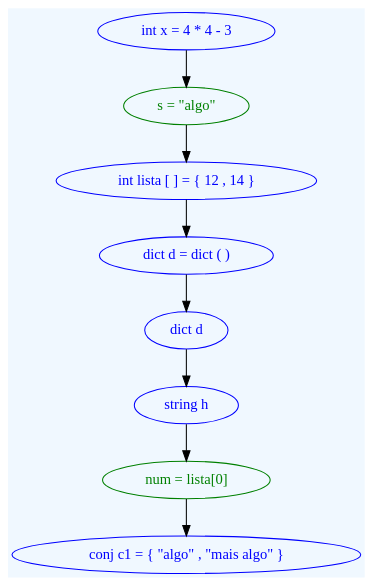
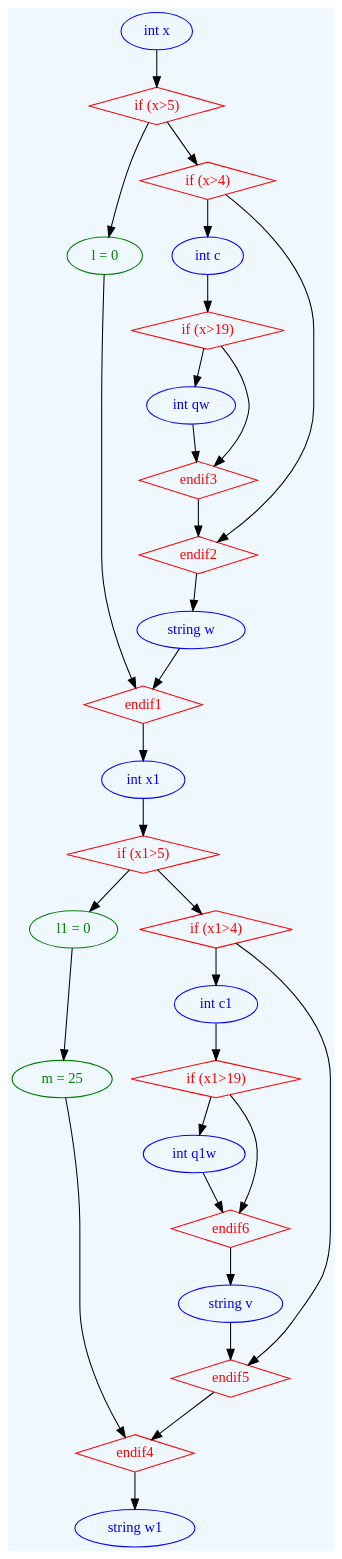
The diagram in TP3/doctest-output/grammar.gv (saracqueiros/EG22), drawn with Graphviz before and after one commit. The commit also changed 5 other files, not shown here.

```diff
--- a/TP3/doctest-output/grammar.gv
+++ b/TP3/doctest-output/grammar.gv
@@ -1,18 +1,58 @@
 digraph grammar {
 	graph [bgcolor=aliceblue rankdir=TB]
-	"int x = 4 * 4 - 3 " [color=blue fontcolor=blue]
-	" s = \"algo\"" [color=green fontcolor=green]
-	"int x = 4 * 4 - 3 " -> " s = \"algo\""
-	"int lista [ ] = { 12 , 14 } " [color=blue fontcolor=blue]
-	" s = \"algo\"" -> "int lista [ ] = { 12 , 14 } "
-	"dict d = dict ( ) " [color=blue fontcolor=blue]
-	"int lista [ ] = { 12 , 14 } " -> "dict d = dict ( ) "
-	"dict d " [color=blue fontcolor=blue]
-	"dict d = dict ( ) " -> "dict d "
-	"string h " [color=blue fontcolor=blue]
-	"dict d " -> "string h "
-	" num = lista[0]" [color=green fontcolor=green]
-	"string h " -> " num = lista[0]"
-	"conj c1 = { \"algo\" , \"mais algo\" } " [color=blue fontcolor=blue]
-	" num = lista[0]" -> "conj c1 = { \"algo\" , \"mais algo\" } "
+	"int x " [color=blue fontcolor=blue]
+	"if (x>5)" [color=red fontcolor=red shape=diamond]
+	"int x " -> "if (x>5)"
+	" l = 0" [color=green fontcolor=green]
+	"if (x>5)" -> " l = 0"
+	endif1 [color=red fontcolor=red shape=diamond]
+	" l = 0" -> endif1
+	"if (x>4)" [color=red fontcolor=red shape=diamond]
+	"if (x>5)" -> "if (x>4)"
+	"int c " [color=blue fontcolor=blue]
+	"if (x>4)" -> "int c "
+	"if (x>19)" [color=red fontcolor=red shape=diamond]
+	"int c " -> "if (x>19)"
+	"int qw " [color=blue fontcolor=blue]
+	"if (x>19)" -> "int qw "
+	endif3 [color=red fontcolor=red shape=diamond]
+	"int qw " -> endif3
+	"if (x>19)" -> endif3
+	endif2 [color=red fontcolor=red shape=diamond]
+	endif3 -> endif2
+	"if (x>4)" -> endif2
+	"string w " [color=blue fontcolor=blue]
+	endif2 -> "string w "
+	endif1 [color=red fontcolor=red shape=diamond]
+	"string w " -> endif1
+	"int x1 " [color=blue fontcolor=blue]
+	endif1 -> "int x1 "
+	"if (x1>5)" [color=red fontcolor=red shape=diamond]
+	"int x1 " -> "if (x1>5)"
+	" l1 = 0" [color=green fontcolor=green]
+	"if (x1>5)" -> " l1 = 0"
+	" m = 25" [color=green fontcolor=green]
+	" l1 = 0" -> " m = 25"
+	endif4 [color=red fontcolor=red shape=diamond]
+	" m = 25" -> endif4
+	"if (x1>4)" [color=red fontcolor=red shape=diamond]
+	"if (x1>5)" -> "if (x1>4)"
+	"int c1 " [color=blue fontcolor=blue]
+	"if (x1>4)" -> "int c1 "
+	"if (x1>19)" [color=red fontcolor=red shape=diamond]
+	"int c1 " -> "if (x1>19)"
+	"int q1w " [color=blue fontcolor=blue]
+	"if (x1>19)" -> "int q1w "
+	endif6 [color=red fontcolor=red shape=diamond]
+	"int q1w " -> endif6
+	"if (x1>19)" -> endif6
+	"string v " [color=blue fontcolor=blue]
+	endif6 -> "string v "
+	endif5 [color=red fontcolor=red shape=diamond]
+	"string v " -> endif5
+	"if (x1>4)" -> endif5
+	endif4 [color=red fontcolor=red shape=diamond]
+	endif5 -> endif4
+	"string w1 " [color=blue fontcolor=blue]
+	endif4 -> "string w1 "
 }
```
